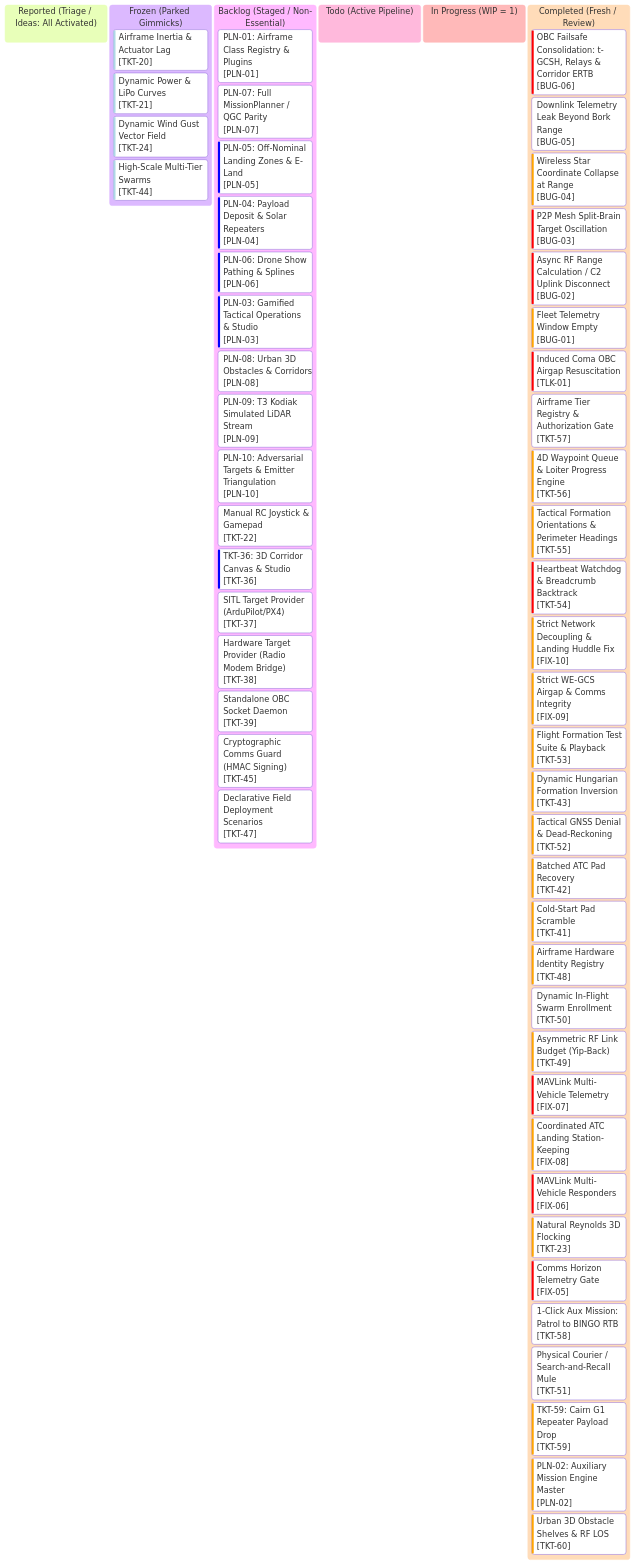
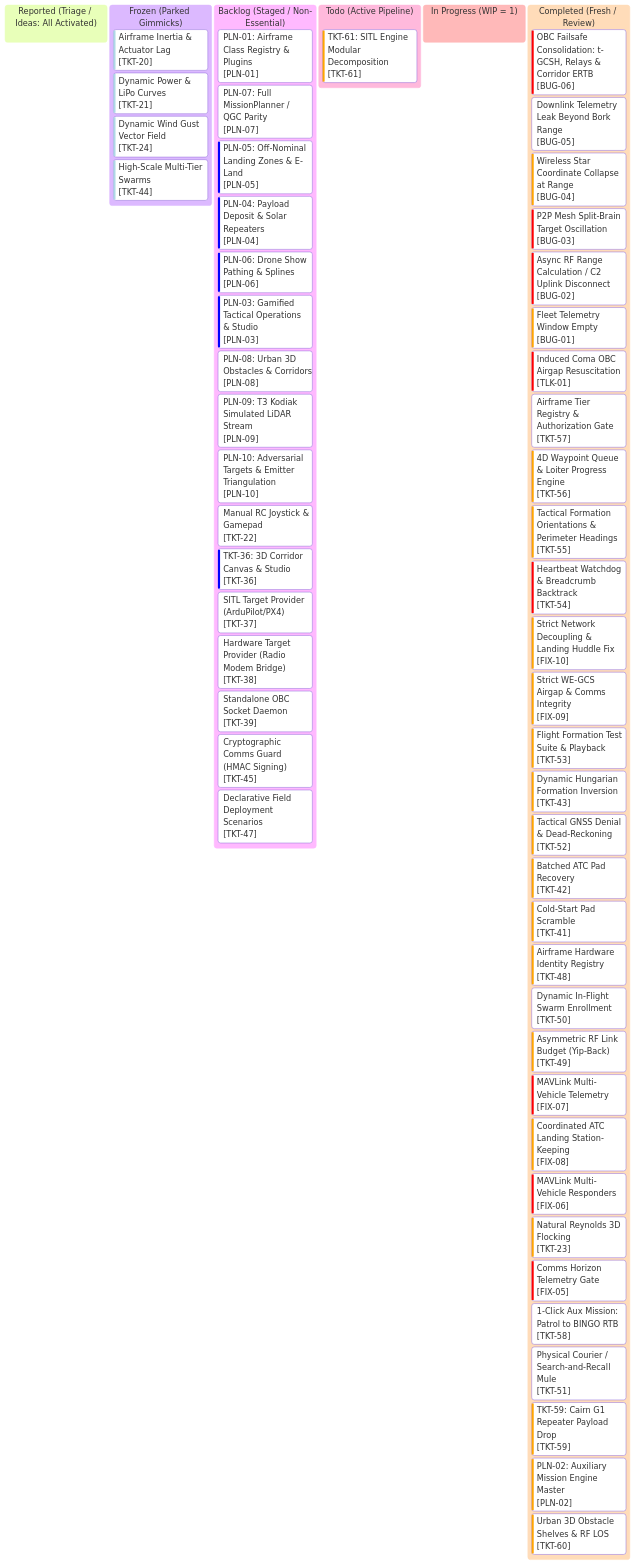
One commit to AlitheiaDeus/AlitheiaHive changed the diagram in roadmap/kanban.md. Above: the diagram before and after it, drawn with Mermaid. The commit also changed other lines of this file and 8 other files, not shown here.

````diff
--- a/roadmap/kanban.md
+++ b/roadmap/kanban.md
@@ -10,80 +10,81 @@
 ```mermaid
 %%{init: {
   'theme': 'base',
   'themeVariables': {
     'primaryColor': '#0d2235',
     'primaryTextColor': '#d4f4ff',
     'primaryBorderColor': '#00f0ff',
     'lineColor': '#00f0ff',
     'background': '#061019',
     'mainBkg': '#0a1926',
     'secondaryColor': '#081420',
     'secondaryTextColor': '#5a7e96',
     'secondaryBorderColor': '#134e6f',
     'tertiaryColor': '#0e263d',
     'tertiaryTextColor': '#00ffaa',
     'tertiaryBorderColor': '#00ffaa',
     'clusterBkg': '#081420',
     'clusterBorder': '#134e6f',
     'fontFamily': "'JetBrains Mono', 'Courier New', monospace"
   }
 }}%%
 kanban
   reported["Reported (Triage / Ideas: All Activated)"]
   frozen["Frozen (Parked Gimmicks)"]
     tkt20["Airframe Inertia & Actuator Lag"]@{ ticket: '[TKT-20]', priority: 'Very Low' }
     tkt21["Dynamic Power & LiPo Curves"]@{ ticket: '[TKT-21]', priority: 'Very Low' }
     tkt24["Dynamic Wind Gust Vector Field"]@{ ticket: '[TKT-24]', priority: 'Very Low' }
     tkt44["High-Scale Multi-Tier Swarms"]@{ ticket: '[TKT-44]', priority: 'Very Low' }
   backlog["Backlog (Staged / Non-Essential)"]
     pln01["PLN-01: Airframe Class Registry & Plugins"]@{ ticket: '[PLN-01]', priority: 'Medium' }
     pln07["PLN-07: Full MissionPlanner / QGC Parity"]@{ ticket: '[PLN-07]', priority: 'Medium' }
     pln05["PLN-05: Off-Nominal Landing Zones & E-Land"]@{ ticket: '[PLN-05]', priority: 'Low' }
     pln04["PLN-04: Payload Deposit & Solar Repeaters"]@{ ticket: '[PLN-04]', priority: 'Low' }
     pln06["PLN-06: Drone Show Pathing & Splines"]@{ ticket: '[PLN-06]', priority: 'Low' }
     pln03["PLN-03: Gamified Tactical Operations & Studio"]@{ ticket: '[PLN-03]', priority: 'Low' }
     pln08["PLN-08: Urban 3D Obstacles & Corridors"]@{ ticket: '[PLN-08]', priority: 'Medium' }
     pln09["PLN-09: T3 Kodiak Simulated LiDAR Stream"]@{ ticket: '[PLN-09]', priority: 'Medium' }
     pln10["PLN-10: Adversarial Targets & Emitter Triangulation"]@{ ticket: '[PLN-10]', priority: 'Medium' }
     tkt22["Manual RC Joystick & Gamepad"]@{ ticket: '[TKT-22]', priority: 'Medium' }
     tkt36["TKT-36: 3D Corridor Canvas & Studio"]@{ ticket: '[TKT-36]', priority: 'Low' }
     tkt37["SITL Target Provider (ArduPilot/PX4)"]@{ ticket: '[TKT-37]', priority: 'Medium' }
     tkt38["Hardware Target Provider (Radio Modem Bridge)"]@{ ticket: '[TKT-38]', priority: 'Medium' }
     tkt39["Standalone OBC Socket Daemon"]@{ ticket: '[TKT-39]', priority: 'Medium' }
     tkt45["Cryptographic Comms Guard (HMAC Signing)"]@{ ticket: '[TKT-45]', priority: 'Medium' }
     tkt47["Declarative Field Deployment Scenarios"]@{ ticket: '[TKT-47]', priority: 'Medium' }
   todo["Todo (Active Pipeline)"]
+    tkt61["TKT-61: SITL Engine Modular Decomposition"]@{ ticket: '[TKT-61]', priority: 'High' }
   in_progress["In Progress (WIP = 1)"]
   completed["Completed (Fresh / Review)"]
     bug06["OBC Failsafe Consolidation: t-GCSH, Relays & Corridor ERTB"]@{ ticket: '[BUG-06]', priority: 'Very High' }
     bug05["Downlink Telemetry Leak Beyond Bork Range"]@{ ticket: '[BUG-05]', priority: 'Medium' }
     bug04["Wireless Star Coordinate Collapse at Range"]@{ ticket: '[BUG-04]', priority: 'High' }
     bug03["P2P Mesh Split-Brain Target Oscillation"]@{ ticket: '[BUG-03]', priority: 'Very High' }
     bug02["Async RF Range Calculation / C2 Uplink Disconnect"]@{ ticket: '[BUG-02]', priority: 'Very High' }
     bug01["Fleet Telemetry Window Empty"]@{ ticket: '[BUG-01]', priority: 'High' }
     tlk01["Induced Coma OBC Airgap Resuscitation"]@{ ticket: '[TLK-01]', priority: 'Very High' }
     tkt57["Airframe Tier Registry & Authorization Gate"]@{ ticket: '[TKT-57]', priority: 'Medium' }
     tkt56["4D Waypoint Queue & Loiter Progress Engine"]@{ ticket: '[TKT-56]', priority: 'High' }
     tkt55["Tactical Formation Orientations & Perimeter Headings"]@{ ticket: '[TKT-55]', priority: 'High' }
     tkt54["Heartbeat Watchdog & Breadcrumb Backtrack"]@{ ticket: '[TKT-54]', priority: 'Very High' }
     fix10["Strict Network Decoupling & Landing Huddle Fix"]@{ ticket: '[FIX-10]', priority: 'High' }
     fix09["Strict WE-GCS Airgap & Comms Integrity"]@{ ticket: '[FIX-09]', priority: 'High' }
     tkt53["Flight Formation Test Suite & Playback"]@{ ticket: '[TKT-53]', priority: 'High' }
     tkt43["Dynamic Hungarian Formation Inversion"]@{ ticket: '[TKT-43]', priority: 'High' }
     tkt52["Tactical GNSS Denial & Dead-Reckoning"]@{ ticket: '[TKT-52]', priority: 'High' }
     tkt42["Batched ATC Pad Recovery"]@{ ticket: '[TKT-42]', priority: 'High' }
     tkt41["Cold-Start Pad Scramble"]@{ ticket: '[TKT-41]', priority: 'High' }
     tkt48["Airframe Hardware Identity Registry"]@{ ticket: '[TKT-48]', priority: 'High' }
     tkt50["Dynamic In-Flight Swarm Enrollment"]@{ ticket: '[TKT-50]', priority: 'Medium' }
     tkt49["Asymmetric RF Link Budget (Yip-Back)"]@{ ticket: '[TKT-49]', priority: 'High' }
     fix07["MAVLink Multi-Vehicle Telemetry"]@{ ticket: '[FIX-07]', priority: 'Very High' }
     fix08["Coordinated ATC Landing Station-Keeping"]@{ ticket: '[FIX-08]', priority: 'High' }
     fix06["MAVLink Multi-Vehicle Responders"]@{ ticket: '[FIX-06]', priority: 'Very High' }
     tkt23["Natural Reynolds 3D Flocking"]@{ ticket: '[TKT-23]', priority: 'High' }
     fix05["Comms Horizon Telemetry Gate"]@{ ticket: '[FIX-05]', priority: 'Very High' }
     tkt58["1-Click Aux Mission: Patrol to BINGO RTB"]@{ ticket: '[TKT-58]', priority: 'Medium' }
     tkt51["Physical Courier / Search-and-Recall Mule"]@{ ticket: '[TKT-51]', priority: 'Medium' }
     tkt59["TKT-59: Cairn G1 Repeater Payload Drop"]@{ ticket: '[TKT-59]', priority: 'High' }
     pln02["PLN-02: Auxiliary Mission Engine Master"]@{ ticket: '[PLN-02]', priority: 'High' }
     tkt60["Urban 3D Obstacle Shelves & RF LOS"]@{ ticket: '[TKT-60]', priority: 'High' }
 ```
````
